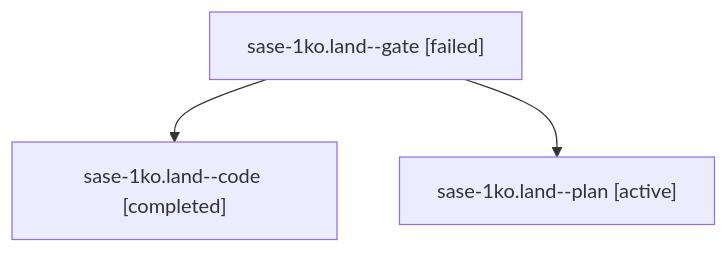
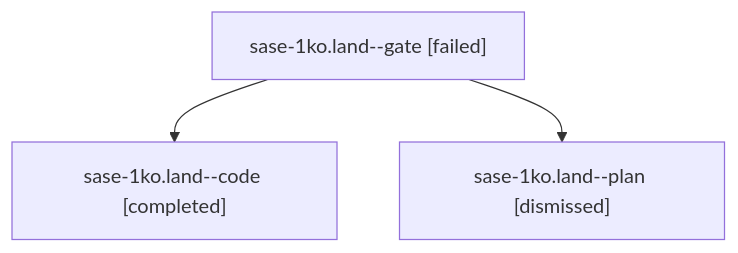
Before and after one commit to sase-org/sase--agents: the diagram in sessions/bbugyi200.apollo.sase-1ko.land.md, drawn with Mermaid. The commit also changed other lines of this file and 90 other files, not shown here.

````diff
--- a/sessions/bbugyi200.apollo.sase-1ko.land.md
+++ b/sessions/bbugyi200.apollo.sase-1ko.land.md
@@ -9,8 +9,8 @@
 ```mermaid
 flowchart TD
   n0["sase-1ko.land--gate [failed]"]
   n1["sase-1ko.land--code [completed]"]
   n0 --> n1
-  n2["sase-1ko.land--plan [active]"]
+  n2["sase-1ko.land--plan [dismissed]"]
   n0 --> n2
 ```
````
